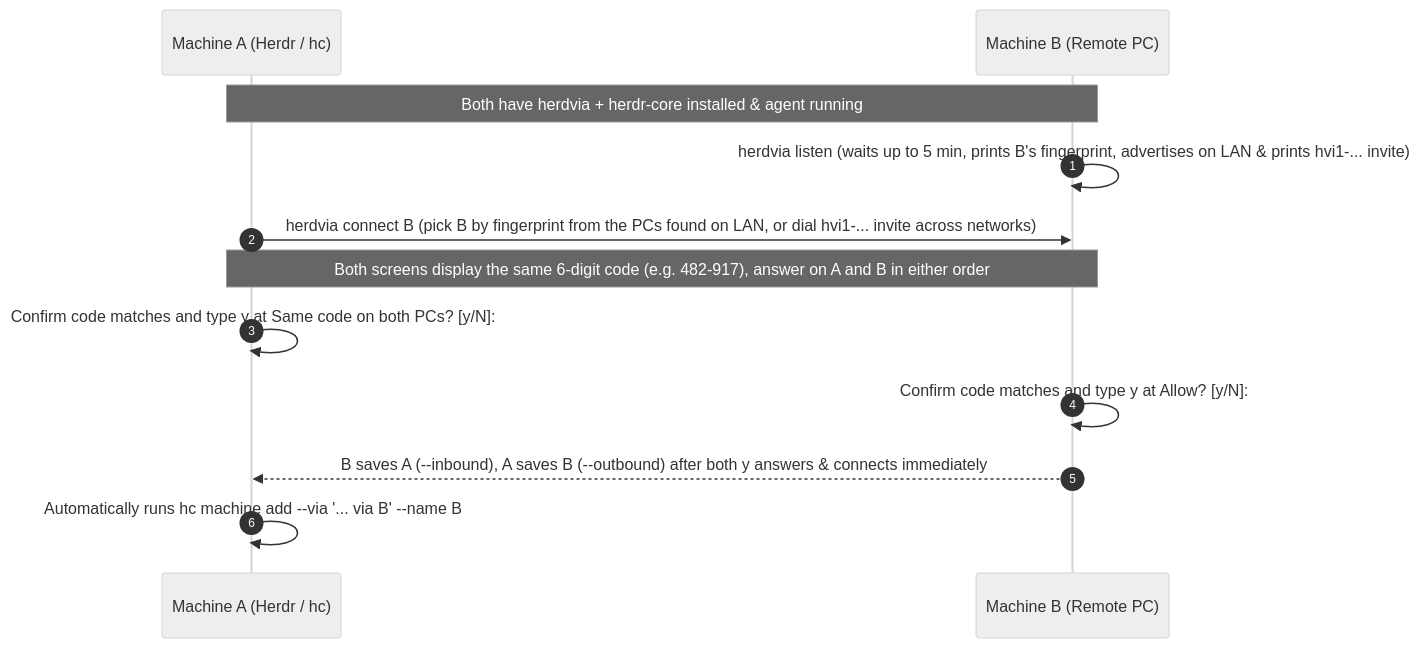
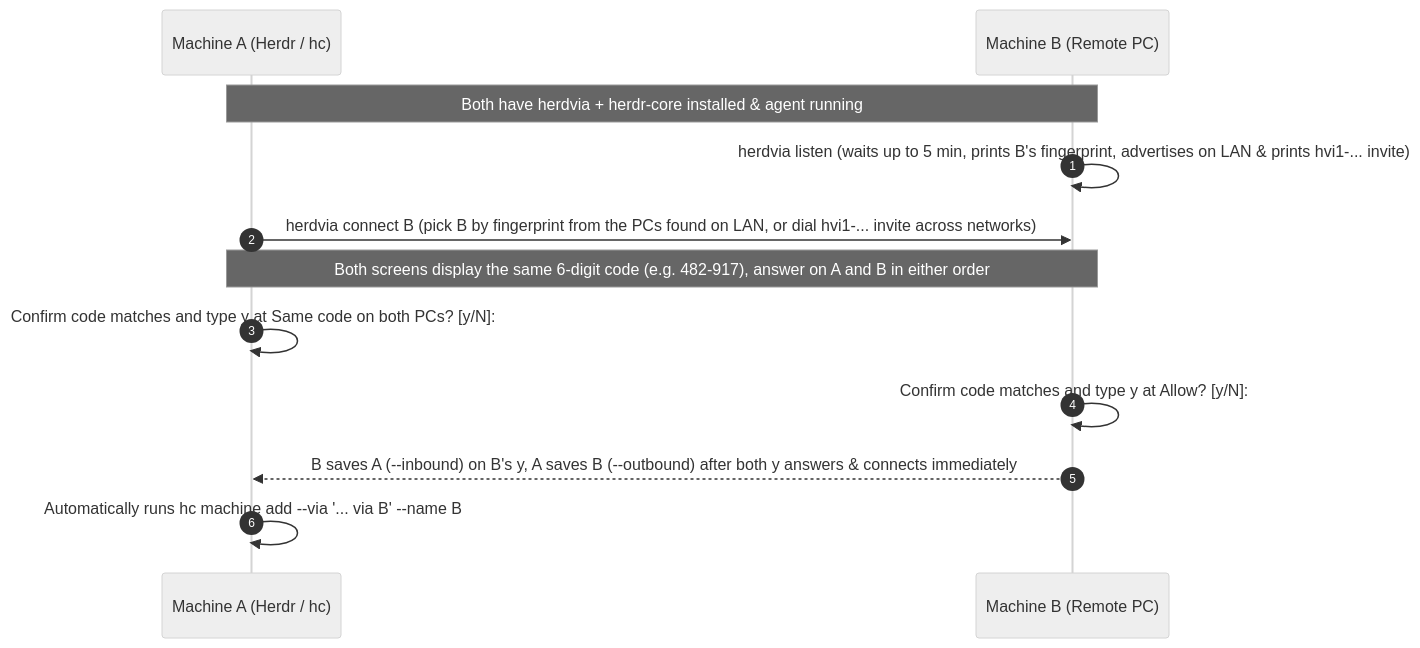
The diagram in README.md (photojupi/herdvia), drawn with Mermaid (neutral theme) before and after one commit. The commit also changed other lines of this file and 3 other files, not shown here.

````diff
--- a/README.md
+++ b/README.md
@@ -148,15 +148,15 @@
 ```mermaid
 sequenceDiagram
     autonumber
     participant A as Machine A (Herdr / hc)
     participant B as Machine B (Remote PC)
 
     Note over A,B: Both have herdvia + herdr-core installed & agent running
     B->>B: herdvia listen (waits up to 5 min, prints B's fingerprint, advertises on LAN & prints hvi1-... invite)
     A->>B: herdvia connect B (pick B by fingerprint from the PCs found on LAN, or dial hvi1-... invite across networks)
     Note over A,B: Both screens display the same 6-digit code (e.g. 482-917), answer on A and B in either order
     A->>A: Confirm code matches and type y at Same code on both PCs? [y/N]:
     B->>B: Confirm code matches and type y at Allow? [y/N]:
-    B-->>A: B saves A (--inbound), A saves B (--outbound) after both y answers & connects immediately
+    B-->>A: B saves A (--inbound) on B's y, A saves B (--outbound) after both y answers & connects immediately
     A->>A: Automatically runs hc machine add --via '... via B' --name B
 ```
````
